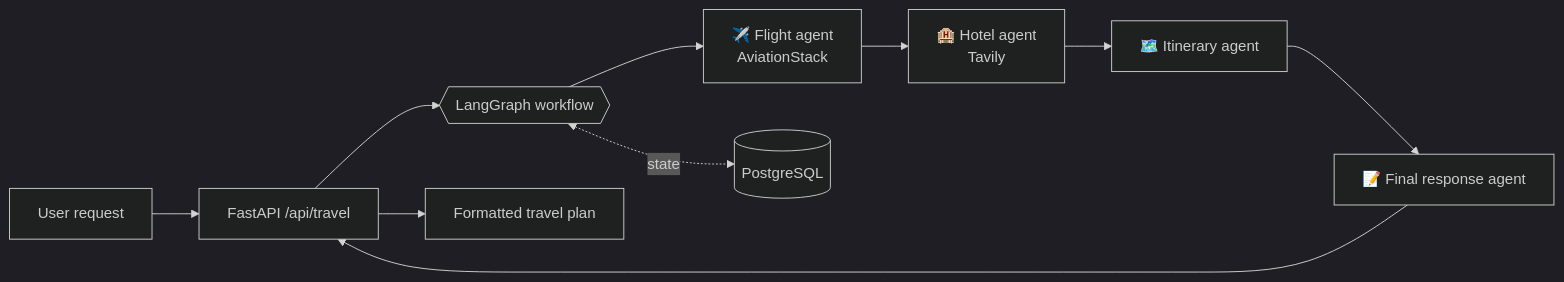
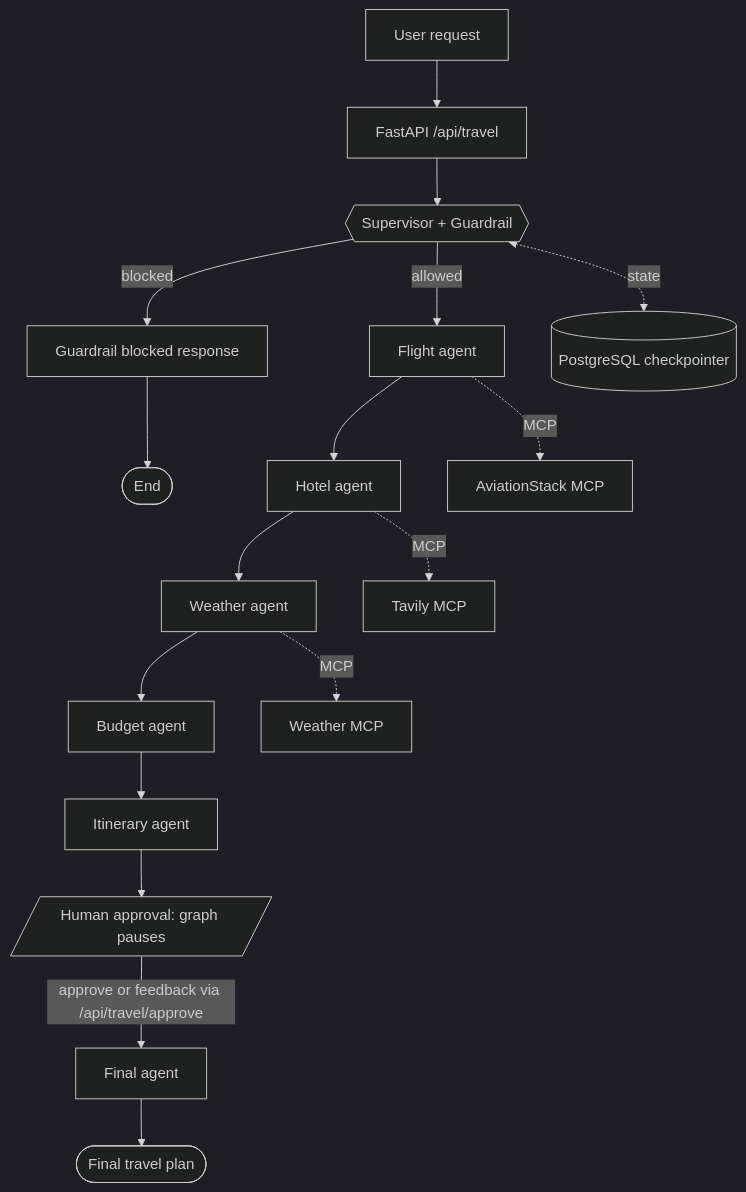
Before and after one commit to AdityaKulkarni233/helmsman-multi-agent-orchestrator: the diagram in Helmsman_with_supervisor_guardrails_HITL/README.md, drawn with Mermaid (dark theme). The commit also changed other lines of this file, not shown here.

````diff
--- a/Helmsman_with_supervisor_guardrails_HITL/README.md
+++ b/Helmsman_with_supervisor_guardrails_HITL/README.md
@@ -52,12 +71,23 @@
 ```mermaid
-flowchart LR
+flowchart TD
     U[User request] --> API[FastAPI /api/travel]
-    API --> G{{LangGraph workflow}}
-    G --> F[✈️ Flight agent<br/>AviationStack]
-    F --> H[🏨 Hotel agent<br/>Tavily]
-    H --> I[🗺️ Itinerary agent]
-    I --> R[📝 Final response agent]
-    R --> API
-    G <-.state.-> DB[(PostgreSQL)]
-    API --> U2[Formatted travel plan]
+    API --> S{{Supervisor + Guardrail}}
+
+    S -->|blocked| B[Guardrail blocked response]
+    B --> END1([End])
+
+    S -->|allowed| F[Flight agent]
+    F --> H[Hotel agent]
+    H --> W[Weather agent]
+    W --> BU[Budget agent]
+    BU --> I[Itinerary agent]
+
+    I --> HITL[/Human approval: graph pauses/]
+    HITL -->|approve or feedback via /api/travel/approve| FIN[Final agent]
+    FIN --> END2([Final travel plan])
+
+    F -. MCP .-> AV[AviationStack MCP]
+    H -. MCP .-> TV[Tavily MCP]
+    W -. MCP .-> WX[Weather MCP]
+    S <-.state.-> DB[(PostgreSQL checkpointer)]
 ```
````
